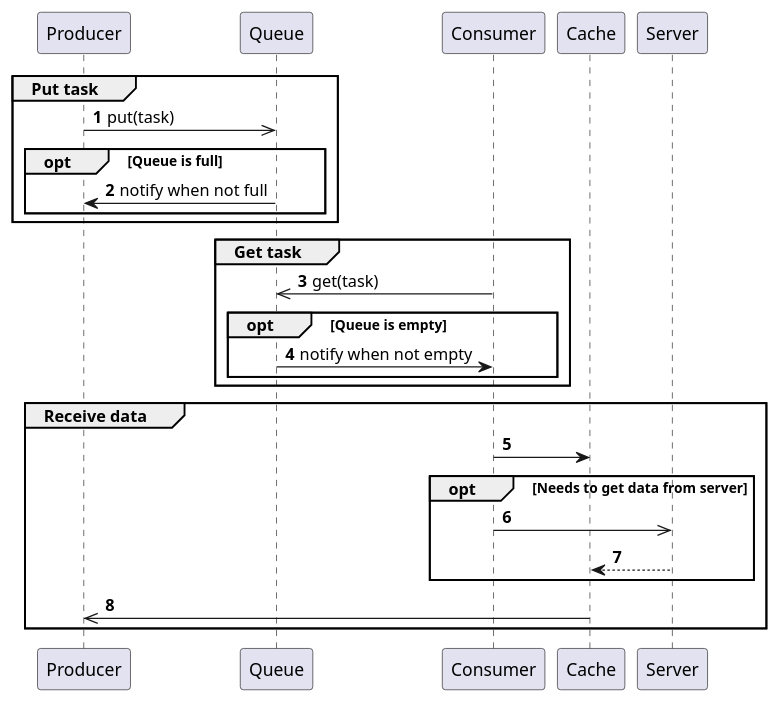
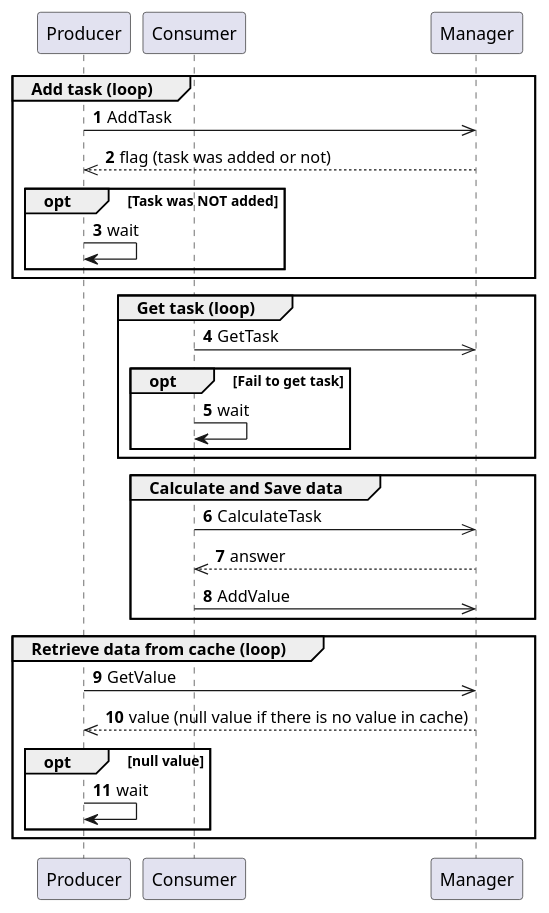
Before and after one commit to Slava1511/CPPropblem: the diagram in docs/diagrams/src/uml_seq_diagram_process.puml, drawn with PlantUML. The commit also changed 13 other files, not shown here.

```diff
--- a/docs/diagrams/src/uml_seq_diagram_process.puml
+++ b/docs/diagrams/src/uml_seq_diagram_process.puml
@@ -1,34 +1,37 @@
 @startuml uml_seq_diagram_process
 autonumber
 
 participant Producer
-participant Queue
 participant Consumer
-participant Cache
-participant Server
+participant Manager
 
-Group Put task
-    Producer ->> Queue : put(task)
-    Opt Queue is full
-        Queue -> Producer : notify when not full
+Group Add task (loop)
+    Producer ->> Manager : AddTask
+    return flag (task was added or not)
+    Opt Task was NOT added
+        Producer -> Producer : wait
     end
 end
 
-Group Get task
-    Consumer ->> Queue : get(task)
-    Opt Queue is empty
-        Queue -> Consumer : notify when not empty
+Group Get task (loop)
+    Consumer ->> Manager : GetTask
+    Opt Fail to get task
+        Consumer -> Consumer : wait
     end
 end
 
-Group Receive data
-    Consumer -> Cache
+Group Calculate and Save data
+    Consumer ->> Manager : CalculateTask
+    return answer
 
-    Opt Needs to get data from server
-        Consumer ->> Server
-        Server --> Cache
+    Consumer ->> Manager : AddValue
+end
+
+Group Retrieve data from cache (loop)
+    Producer ->> Manager : GetValue
+    return value (null value if there is no value in cache)
+    Opt null value
+        Producer -> Producer : wait
     end
-
-    Cache ->> Producer
 end
 @enduml
```
